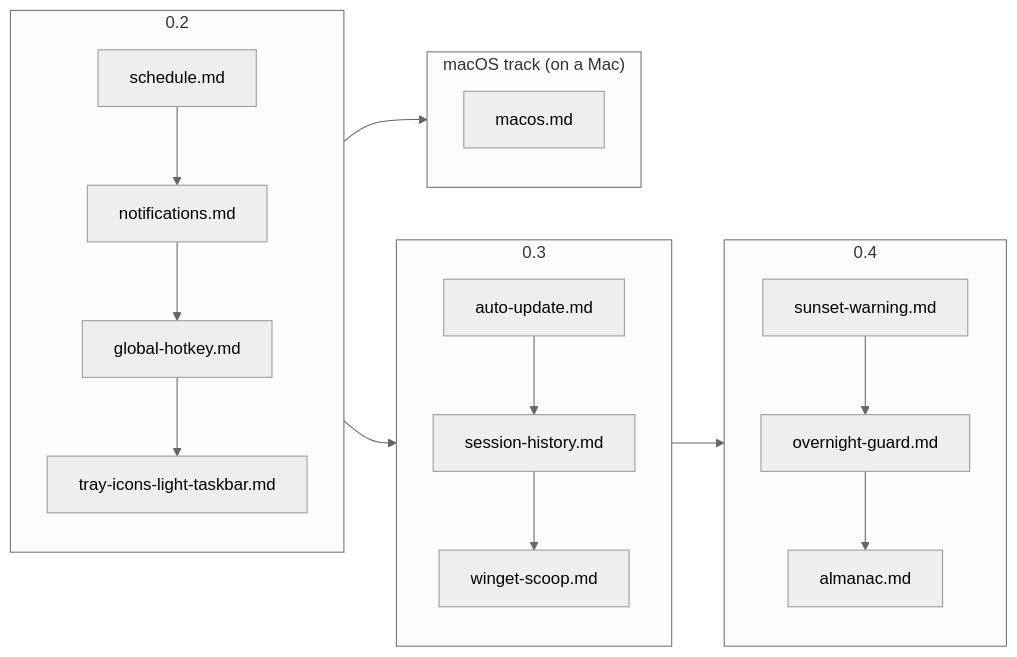
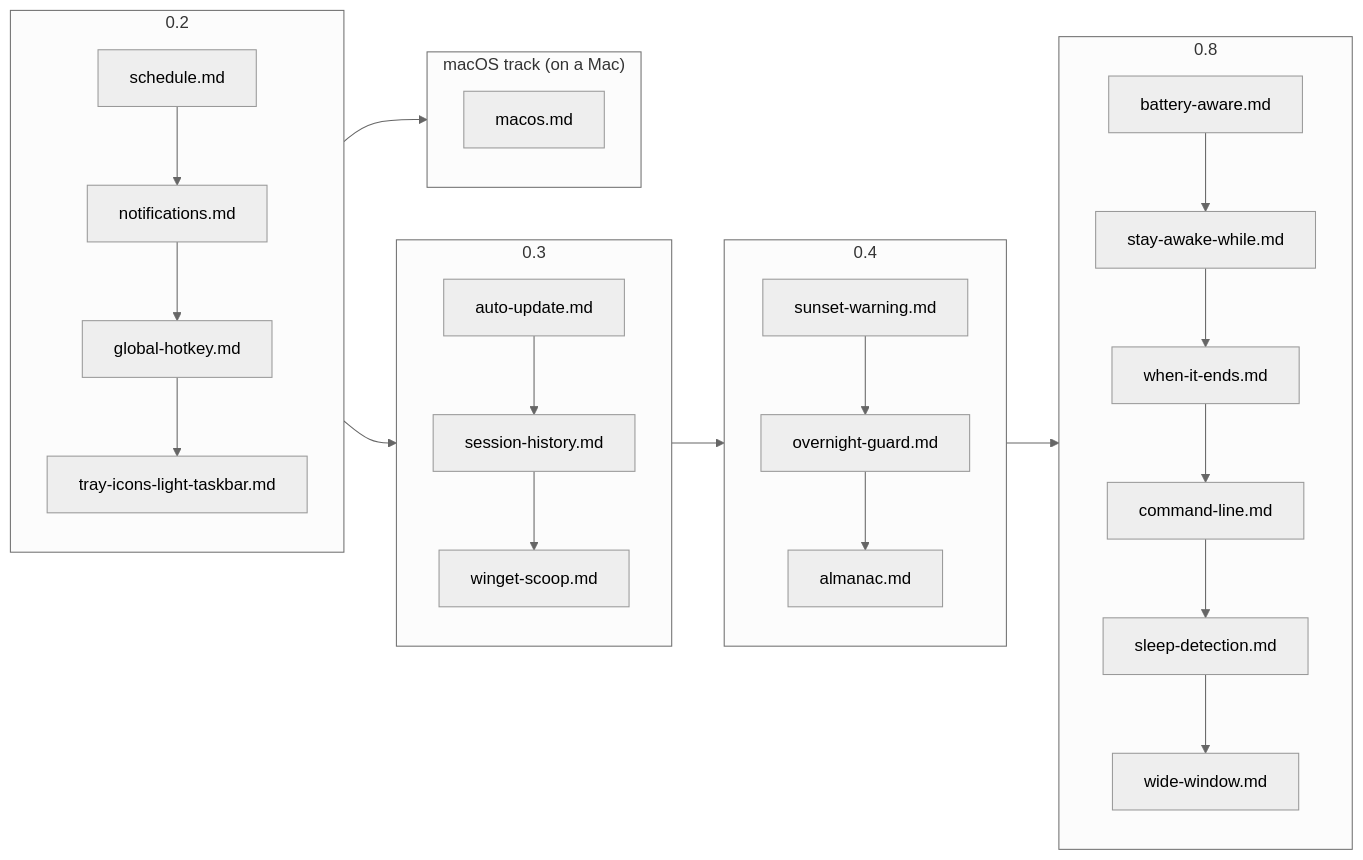
One commit to ax5hay/KeepMeAwake changed the diagram in docs/specs/README.md. Above: the diagram before and after it, drawn with Mermaid (neutral theme). The commit also changed other lines of this file and 7 other files, not shown here.

First line of the commit message:
docs(specs): battery aware, stay awake while, when it ends, CLI, sleep, wide

````diff
--- a/docs/specs/README.md
+++ b/docs/specs/README.md
@@ -7,22 +7,27 @@
 ```mermaid
 flowchart LR
     subgraph v02["0.2"]
         direction TB
         s["schedule.md"] --> n["notifications.md"] --> h["global-hotkey.md"] --> t["tray-icons-light-taskbar.md"]
     end
     subgraph v03["0.3"]
         direction TB
         u["auto-update.md"] --> hi["session-history.md"] --> w["winget-scoop.md"]
     end
     subgraph v04["0.4"]
         direction TB
         sw["sunset-warning.md"] --> og["overnight-guard.md"] --> al["almanac.md"]
     end
+    subgraph v08["0.8"]
+        direction TB
+        ba["battery-aware.md"] --> sa["stay-awake-while.md"] --> we["when-it-ends.md"] --> cl["command-line.md"] --> sd["sleep-detection.md"] --> ww["wide-window.md"]
+    end
     subgraph mac["macOS track (on a Mac)"]
         direction TB
         m["macos.md"]
     end
     v02 --> v03
     v03 --> v04
+    v04 --> v08
     v02 --> mac
 ```
````
